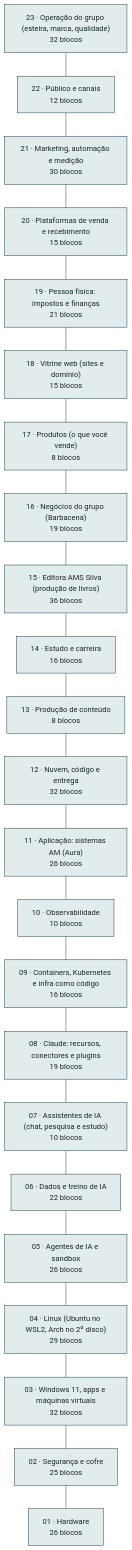
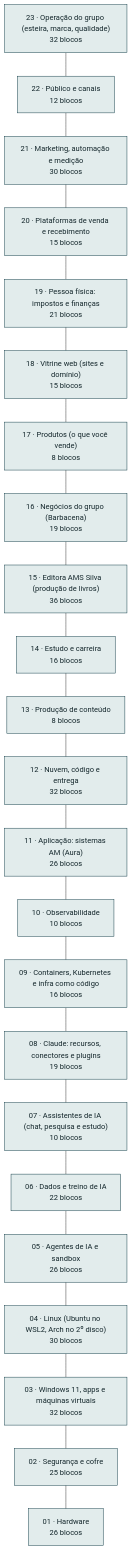
Before and after one commit to AlanMateus17/dev-setup: the diagram in docs/arquitetura.md, drawn with Mermaid. The commit also changed other lines of this file and 53 other files, not shown here.

````diff
--- a/docs/arquitetura.md
+++ b/docs/arquitetura.md
@@ -10,50 +10,50 @@
 ```mermaid
 flowchart TB
   L_oper["23 · Operação do grupo (esteira, marca, qualidade)<br/>32 blocos"]
   L_pub["22 · Público e canais<br/>12 blocos"]
   L_mkt["21 · Marketing, automação e medição<br/>30 blocos"]
   L_venda["20 · Plataformas de venda e recebimento<br/>15 blocos"]
   L_emp["19 · Pessoa física: impostos e finanças<br/>21 blocos"]
   L_web["18 · Vitrine web (sites e domínio)<br/>15 blocos"]
   L_prod["17 · Produtos (o que você vende)<br/>8 blocos"]
   L_neg["16 · Negócios do grupo (Barbacena)<br/>19 blocos"]
   L_editora["15 · Editora AMS Silva (produção de livros)<br/>36 blocos"]
   L_est["14 · Estudo e carreira<br/>16 blocos"]
   L_cont["13 · Produção de conteúdo<br/>8 blocos"]
   L_nuvem["12 · Nuvem, código e entrega<br/>32 blocos"]
   L_app["11 · Aplicação: sistemas AM (Aura)<br/>26 blocos"]
   L_obs["10 · Observabilidade<br/>10 blocos"]
   L_cnt["09 · Containers, Kubernetes e infra como código<br/>16 blocos"]
   L_clc["08 · Claude: recursos, conectores e plugins<br/>19 blocos"]
   L_chat["07 · Assistentes de IA (chat, pesquisa e estudo)<br/>10 blocos"]
   L_dados["06 · Dados e treino de IA<br/>22 blocos"]
   L_ia["05 · Agentes de IA e sandbox<br/>26 blocos"]
-  L_lin["04 · Linux (Ubuntu no WSL2, Arch no 2º disco)<br/>29 blocos"]
+  L_lin["04 · Linux (Ubuntu no WSL2, Arch no 2º disco)<br/>30 blocos"]
   L_win["03 · Windows 11, apps e máquinas virtuais<br/>32 blocos"]
   L_seg["02 · Segurança e cofre<br/>25 blocos"]
   L_hw["01 · Hardware<br/>26 blocos"]
   L_oper --- L_pub
   L_pub --- L_mkt
   L_mkt --- L_venda
   L_venda --- L_emp
   L_emp --- L_web
   L_web --- L_prod
   L_prod --- L_neg
   L_neg --- L_editora
   L_editora --- L_est
   L_est --- L_cont
   L_cont --- L_nuvem
   L_nuvem --- L_app
   L_app --- L_obs
   L_obs --- L_cnt
   L_cnt --- L_clc
   L_clc --- L_chat
   L_chat --- L_dados
   L_dados --- L_ia
   L_ia --- L_lin
   L_lin --- L_win
   L_win --- L_seg
   L_seg --- L_hw
   classDef cam fill:#e2ecec,stroke:#0e3a45,color:#13262b
   class L_oper,L_pub,L_mkt,L_venda,L_emp,L_web,L_prod,L_neg,L_editora,L_est,L_cont,L_nuvem,L_app,L_obs,L_cnt,L_clc,L_chat,L_dados,L_ia,L_lin,L_win,L_seg,L_hw cam
 ```
````
